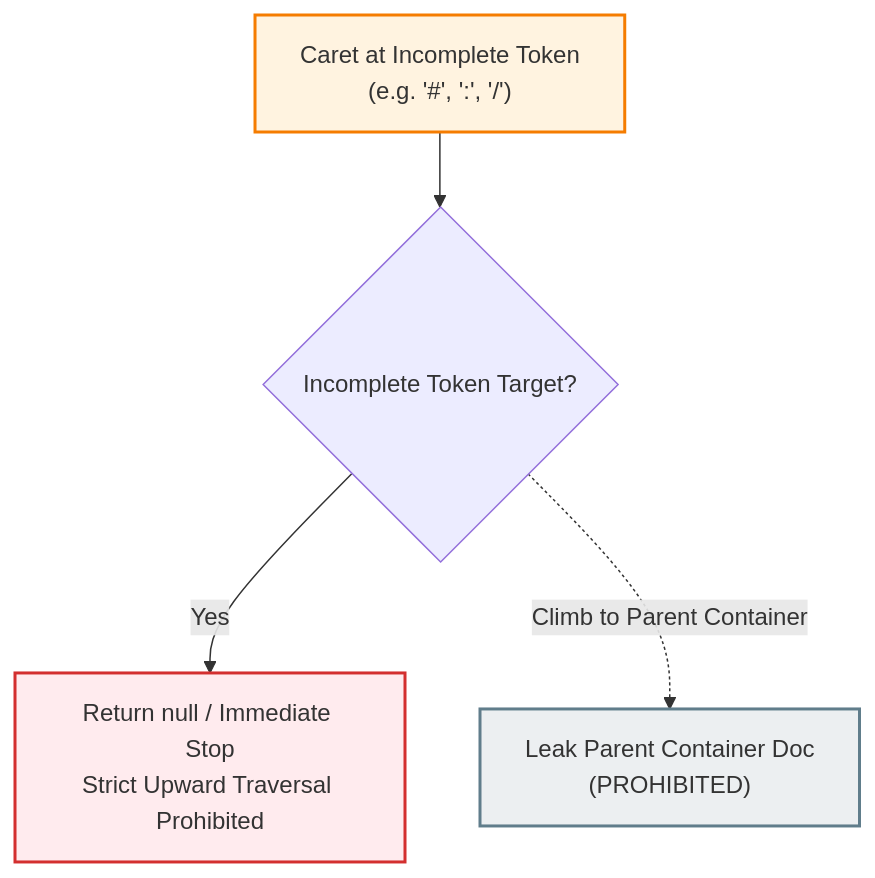
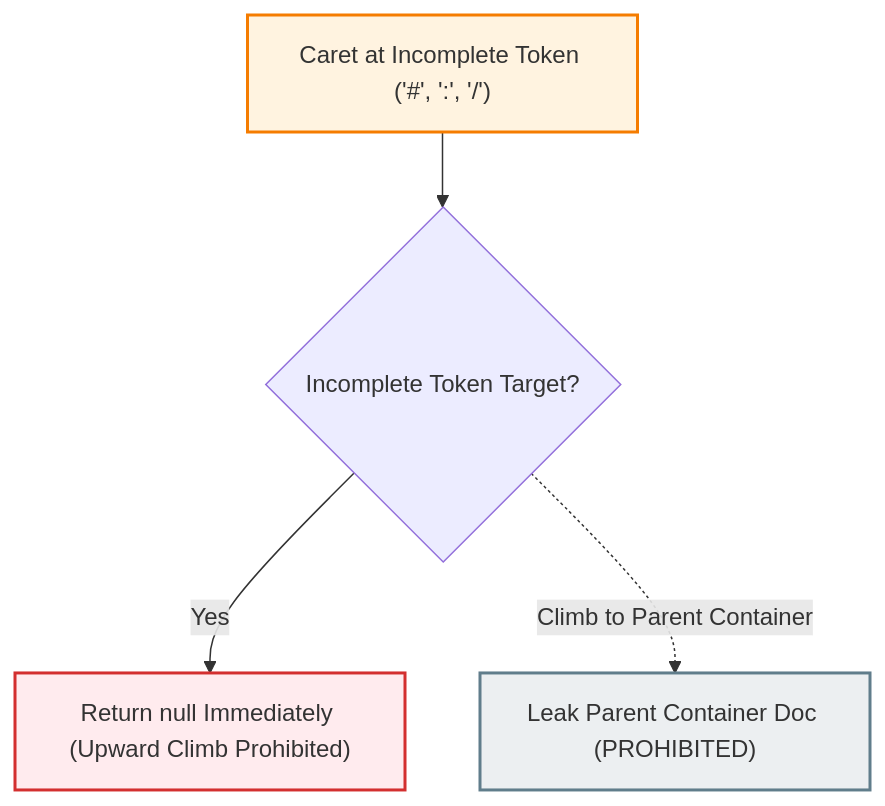
One commit to chaotic3quilibrium/stvnadore-plugin changed the fourth of 5 diagrams in docs/architecture/STVN_PLUGIN_SPEC.md. Above: the diagram before and after it, drawn with Mermaid. The commit also changed other lines of this file and 57 other files, not shown here.

````diff
--- a/docs/architecture/STVN_PLUGIN_SPEC.md
+++ b/docs/architecture/STVN_PLUGIN_SPEC.md
@@ -127,10 +131,10 @@
 ```mermaid
 flowchart TD
     classDef caret fill:#FFF3E0,stroke:#F57C00,stroke-width:2px;
     classDef stop fill:#FFEBEE,stroke:#D32F2F,stroke-width:2px;
     classDef leak fill:#ECEFF1,stroke:#607D8B,stroke-width:2px;
 
-    Caret["Caret at Incomplete Token\n(e.g. '#', ':', '/')"]:::caret --> Check{"Incomplete Token Target?"}
-    Check -- "Yes" --> Suppress["Return null / Immediate Stop\nStrict Upward Traversal Prohibited"]:::stop
-    Check -.->|"Climb to Parent Container"| Parent["Leak Parent Container Doc\n(PROHIBITED)"]:::leak
+    Caret["Caret at Incomplete Token ('#', ':', '/')"]:::caret --> Check{"Incomplete Token Target?"}
+    Check -- "Yes" --> Suppress["Return null Immediately (Upward Climb Prohibited)"]:::stop
+    Check -.->|"Climb to Parent Container"| Parent["Leak Parent Container Doc (PROHIBITED)"]:::leak
 ```
````
